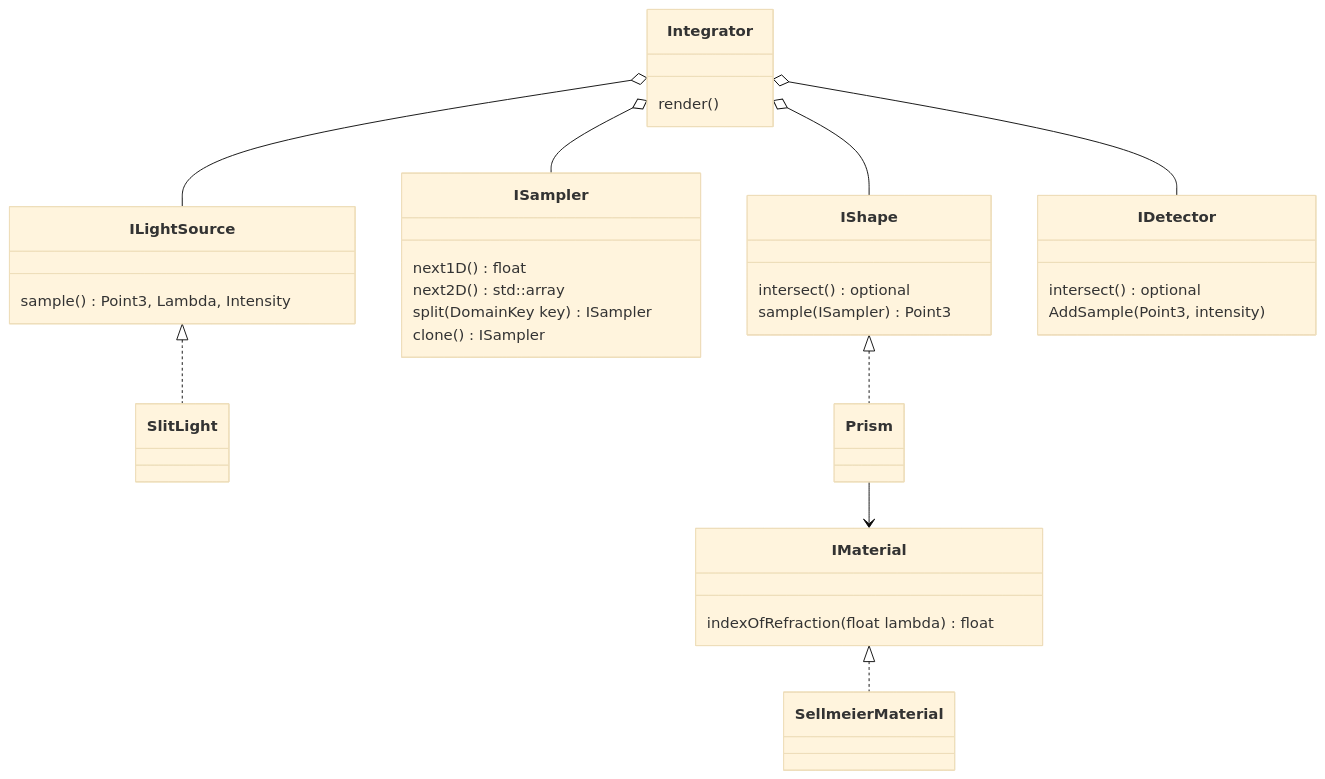
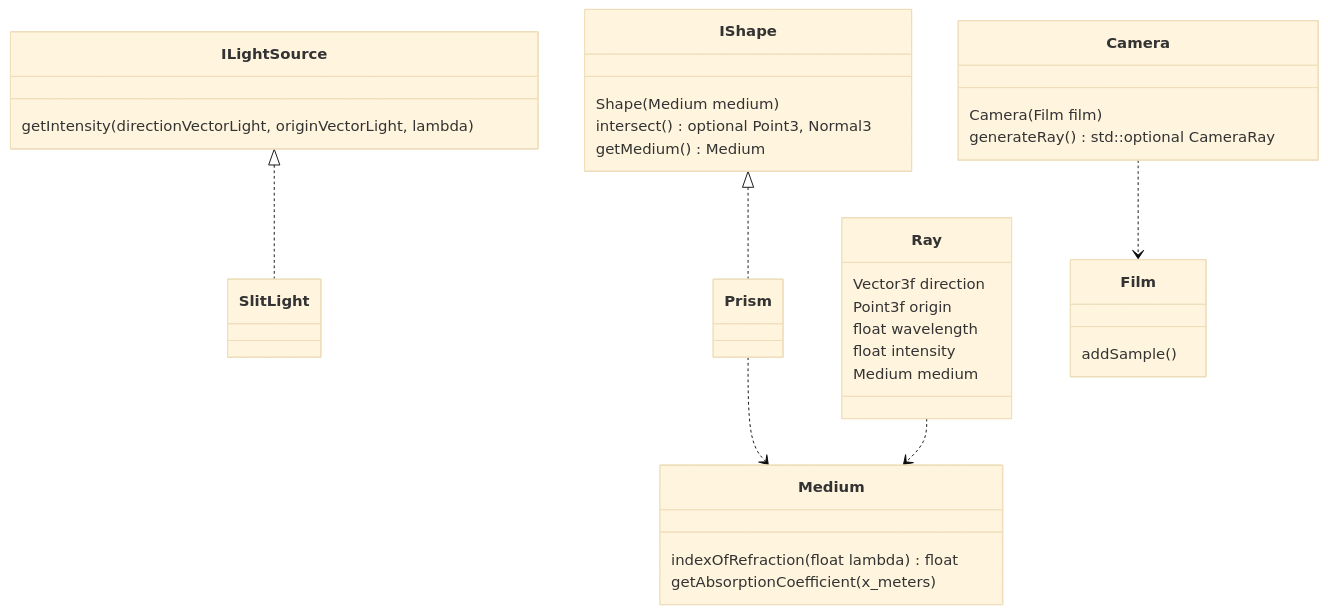
One commit to LeoKle/refractometer-raytracer changed the diagram in docs/class-diagram.mmd. Above: the diagram before and after it, drawn with Mermaid (base theme).

Commit message:
update class diagram

```diff
--- a/docs/class-diagram.mmd
+++ b/docs/class-diagram.mmd
@@ -1,53 +1,79 @@
 classDiagram
     %% <|--	Inheritance
     %% *--	Composition
     %% o--	Aggregation
     %% -->	Association
     %% --	Link (Solid)
     %% ..>	Dependency
     %% ..|>	Realization
     %% ..	Link (Dashed)
 
-    class Integrator {
-        render()
-    }
-    Integrator o-- ILightSource
-    Integrator o-- ISampler
-    Integrator o-- IShape
-    Integrator o-- IDetector
+    %% class Integrator {
+    %%     render()
+    %% }
+    %% Integrator o-- ILightSource
+    %% Integrator o-- ISampler
+    %% Integrator o-- IShape
+    %% Integrator o-- IDetector
 
 
     class ILightSource {
-        sample() Point3, Lambda, Intensity
+        getIntensity(directionVectorLight, originVectorLight, lambda)
     }
 
     class SlitLight
     ILightSource <|.. SlitLight
 
-    class ISampler {
-        next1D() float
-        next2D() std::array<float, 2>
-        split(DomainKey key) ISampler
-        clone() ISampler
-    }
+    %% class ISampler {
+    %%     next1D() float
+    %%     next2D() std::array<float, 2>
+    %%     split(DomainKey key) ISampler
+    %%     clone() ISampler
+    %% }
 
     class IShape {
-        intersect() optional<Point3, Normal3>
-        sample(ISampler) Point3
+        Shape(Medium medium)
+        intersect() optional Point3, Normal3
+        getMedium() Medium
     }
 
     class Prism
     IShape <|.. Prism
 
-    class  IMaterial {
+    class  Medium {
         indexOfRefraction(float lambda) float
     }
-    Prism --> IMaterial
+    Prism ..> Medium
 
-    class SellmeierMaterial
-    IMaterial <|.. SellmeierMaterial
+    %% class SellmeierMaterial
+    %% IMaterial <|.. SellmeierMaterial
 
-    class IDetector {
-        intersect() optional<Point3, Normal3>
-        AddSample(Point3, intensity)
+    %% class IDetector {
+    %%     intersect() optional<Point3, Normal3>
+    %%     AddSample(Point3, intensity)
+    %% }
+
+    class Medium {
+        getAbsorptionCoefficient(x_meters)
     }
+
+    class Ray {
+        Vector3f direction
+        Point3f origin
+        
+        float wavelength
+        float intensity
+
+        Medium medium
+    }
+    Ray ..> Medium
+
+    class Camera {
+        Camera(Film film)
+        generateRay() std::optional CameraRay
+    }
+    Camera ..> Film
+
+    class Film {
+        addSample()
+    }
```
